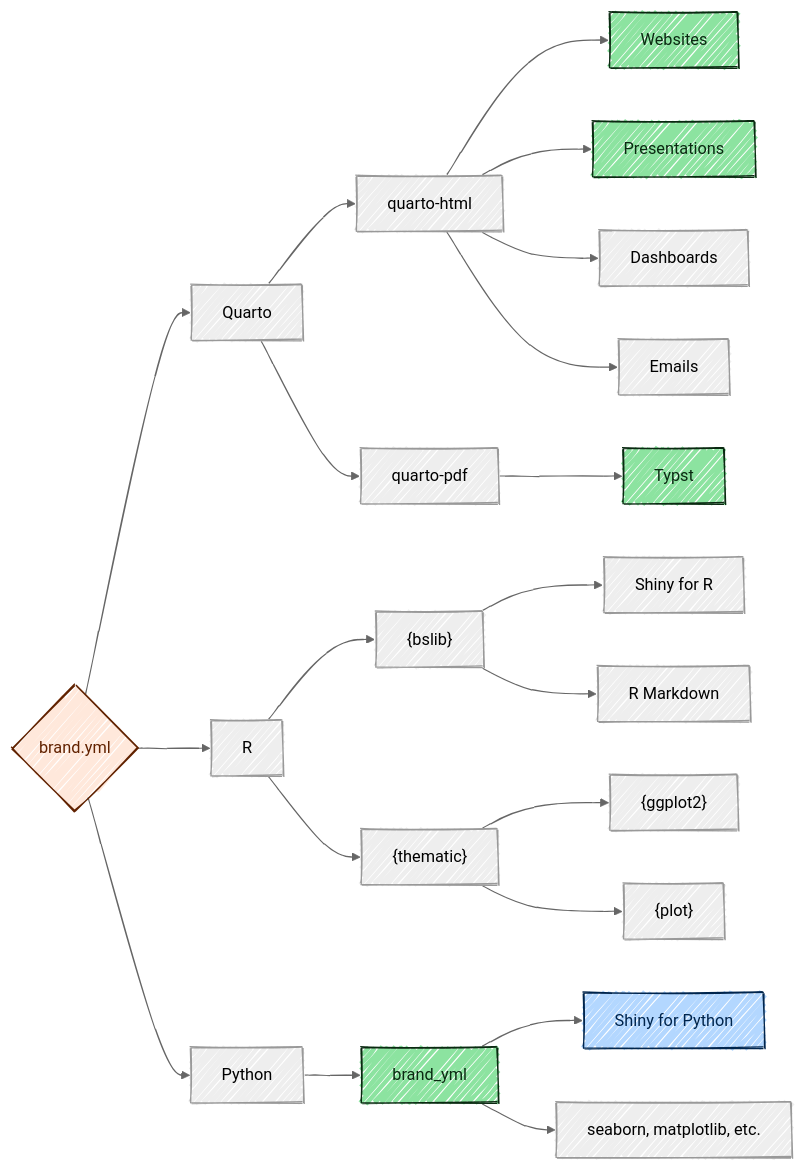
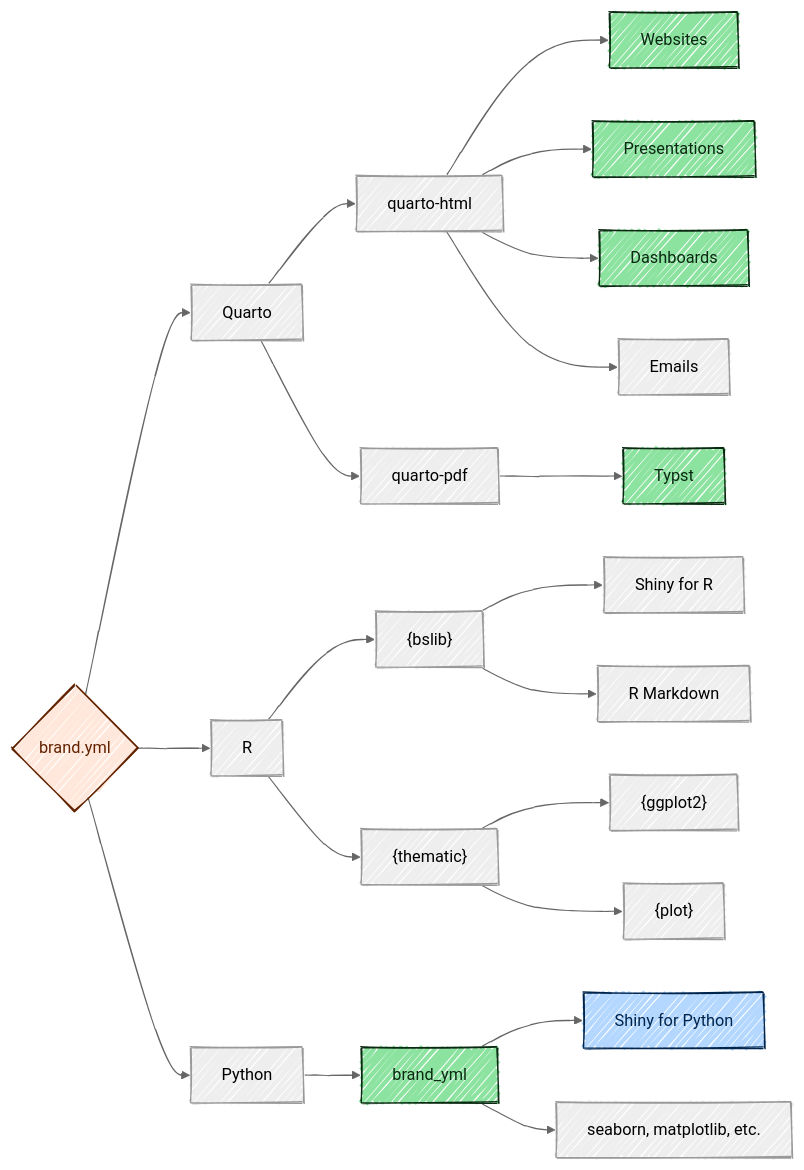
One commit to posit-dev/brand-yml changed the diagram in docs/index.qmd. Above: the diagram before and after it, drawn with Mermaid. The commit also changed other lines of this file, not shown here.

Commit message:
docs: quarto dashboards are supported

````diff
--- a/docs/index.qmd
+++ b/docs/index.qmd
@@ -26,49 +26,49 @@
 ```{mermaid}
 ---
 config:
   look: handDrawn
   theme: neutral
 ---
 flowchart LR
     by{brand.yml}
     by-->quarto[Quarto]
     quarto-->quarto-html
     quarto-->quarto-pdf
     quarto-html-->quarto-websites[Websites]
     quarto-html-->quarto-presentations[Presentations]
     quarto-html-->quarto-dashboards[Dashboards]
     quarto-html-->quarto-emails[Emails]
     quarto-pdf-->quarto-typst[Typst]
 
     by-->R
     R-->r-bslib["{bslib}"]
     R-->r-thematic["{thematic}"]
     r-bslib-->r-shiny["Shiny for R"]
     r-bslib-->r-rmd["R Markdown"]
     r-thematic-->r-ggplot2["{ggplot2}"]
     r-thematic-->r-plot["{plot}"]
 
     by-->Python
     Python-->py-brand_yml["brand_yml"]
     py-brand_yml-->py-shiny[Shiny for Python]
     py-brand_yml-->py-seaborn[seaborn, matplotlib, etc.]
 
     classDef implemented fill:#8CE3A0,stroke:#0A2911,color:#0A2911;
-    class quarto-websites,quarto-presentations,quarto-typst,py-brand_yml implemented;
+    class quarto-websites,quarto-presentations,quarto-dashboards,quarto-typst,py-brand_yml implemented;
     classDef in-progress fill:#B3D7FF,stroke:#00254D,color:#00254D;
     class py-shiny in-progress;
     classDef highlighted fill:#FFE8DB,stroke:#612200,color:#612200;
     class by highlighted;
 
     click quarto href "https://quarto.org/"
     click quarto-typst href "https://quarto.org/docs/output-formats/typst.html" "Typst in Quarto"
     click quarto-presentations href "https://quarto.org/docs/presentations/revealjs/" "Reveal.js in Quarto"
     click quarto-dashboards href "https://quarto.org/docs/dashboards/" "Dashboards in Quarto"
     click r-shiny href "https://shiny.posit.co/"
     click r-bslib href "https://rstudio.github.io/bslib/"
     click r-thematic href "https://rstudio.github.io/thematic/"
     click r-ggplot2 href "https://ggplot2.tidyverse.org/"
     click r-rmd href "https://rmarkdown.rstudio.com/"
     click py-shiny href "https://shiny.posit.co/py/"
     click py-brand_yml href "pkg/py/"
 ```
````
